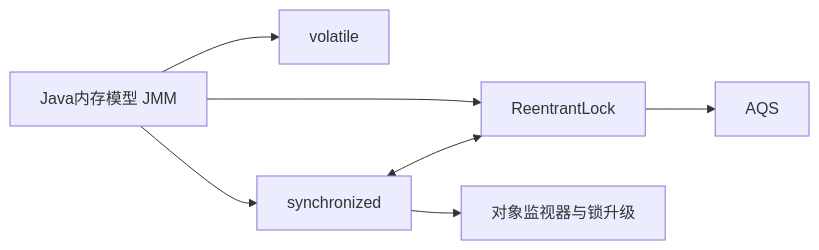
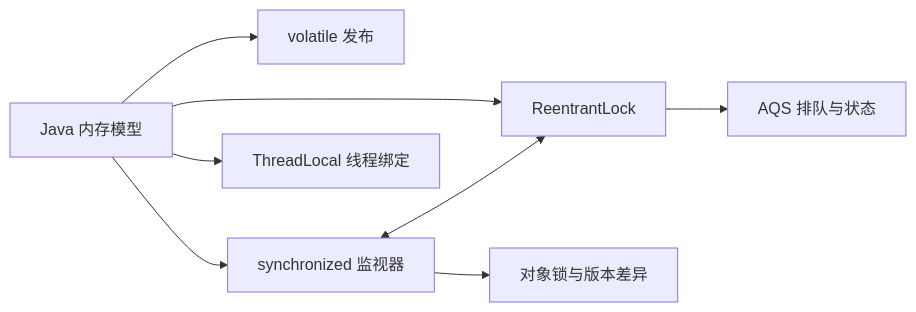
Before and after one commit to shawns-yao/test-doc: the diagram in 八股/01-Java/03-Java并发/00-Java并发导航.md, drawn with Mermaid. The commit also changed other lines of this file and 710 other files, not shown here.

````diff
--- a/八股/01-Java/03-Java并发/00-Java并发导航.md
+++ b/八股/01-Java/03-Java并发/00-Java并发导航.md
@@ -23,9 +25,10 @@
 ```mermaid
 flowchart LR
-    JMM[Java内存模型 JMM] --> V[volatile]
-    JMM --> S[synchronized]
+    JMM[Java 内存模型] --> V[volatile 发布]
+    JMM --> S[synchronized 监视器]
     JMM --> L[ReentrantLock]
     S <--> L
-    L --> AQS[AQS]
-    S --> MONITOR[对象监视器与锁升级]
+    L --> AQS[AQS 排队与状态]
+    S --> M[对象锁与版本差异]
+    JMM --> TL[ThreadLocal 线程绑定]
 ```
````
